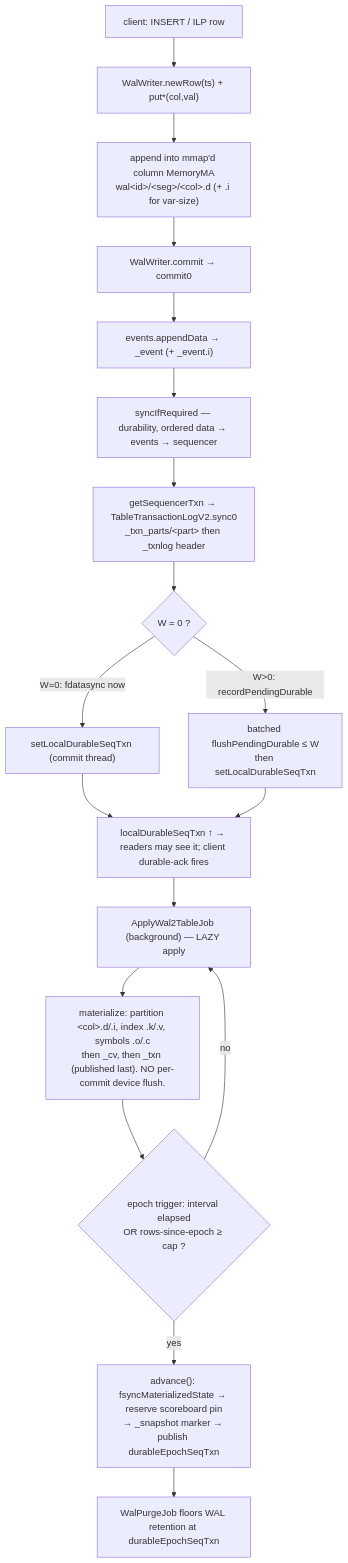
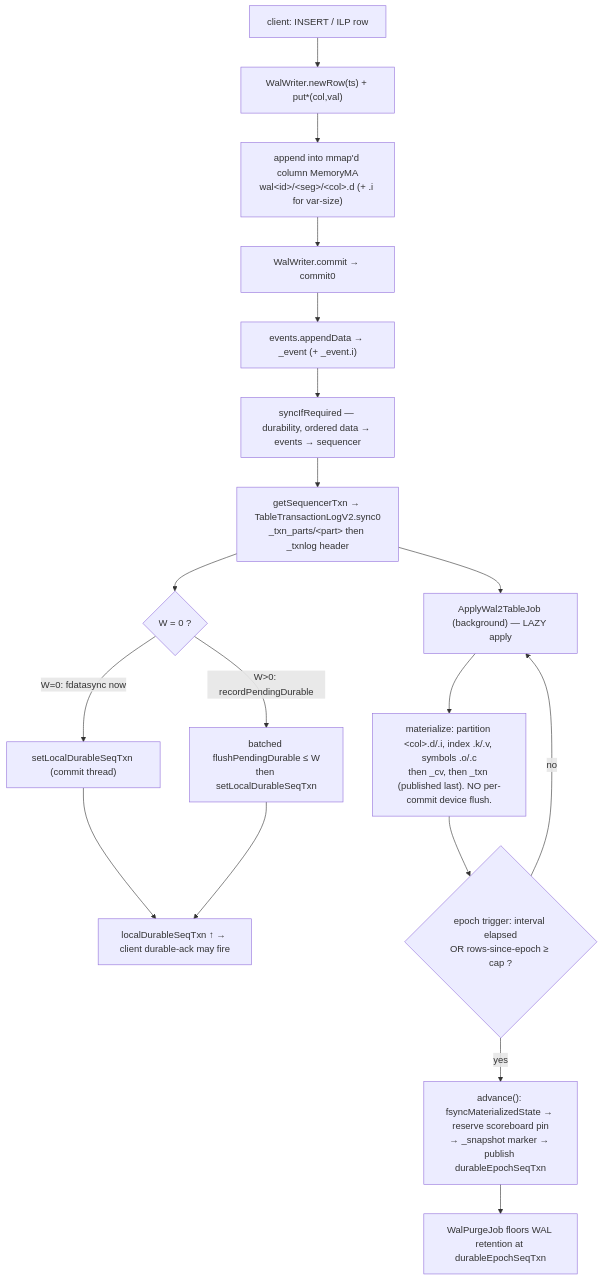
The first of 4 diagrams in docs/adaptive-commit-internals.md (questdb/questdb), drawn with Mermaid before and after one commit. The commit also changed other lines of this file and 15 other files, not shown here.

````diff
--- a/docs/adaptive-commit-internals.md
+++ b/docs/adaptive-commit-internals.md
@@ -53,20 +54,20 @@
 ```mermaid
 flowchart TD
     C["client: INSERT / ILP row"] --> NR["WalWriter.newRow(ts) + put*(col,val)"]
     NR --> MEM["append into mmap'd column MemoryMA<br/>wal&lt;id&gt;/&lt;seg&gt;/&lt;col&gt;.d (+ .i for var-size)"]
     MEM --> CM["WalWriter.commit → commit0"]
     CM --> EV["events.appendData → _event (+ _event.i)"]
     EV --> SY["syncIfRequired — durability, ordered data → events → sequencer"]
     SY --> SEQ["getSequencerTxn → TableTransactionLogV2.sync0<br/>_txn_parts/&lt;part&gt; then _txnlog header"]
     SEQ --> FR{"W = 0 ?"}
     FR -->|"W=0: fdatasync now"| LD["setLocalDurableSeqTxn (commit thread)"]
     FR -->|"W&gt;0: recordPendingDurable"| BAT["batched flushPendingDurable ≤ W<br/>then setLocalDurableSeqTxn"]
-    LD --> VIS["localDurableSeqTxn ↑ → readers may see it; client durable-ack fires"]
+    LD --> VIS["localDurableSeqTxn ↑ → client durable-ack may fire"]
     BAT --> VIS
-    VIS --> AP["ApplyWal2TableJob (background) — LAZY apply"]
+    SEQ --> AP["ApplyWal2TableJob (background) — LAZY apply"]
     AP --> TBL["materialize: partition &lt;col&gt;.d/.i, index .k/.v, symbols .o/.c<br/>then _cv, then _txn (published last). NO per-commit device flush."]
     TBL --> EP{"epoch trigger: interval elapsed<br/>OR rows-since-epoch ≥ cap ?"}
     EP -->|no| AP
     EP -->|yes| ADV["advance(): fsyncMaterializedState → reserve scoreboard pin<br/>→ _snapshot marker → publish durableEpochSeqTxn"]
     ADV --> PURGE["WalPurgeJob floors WAL retention at durableEpochSeqTxn"]
 ```
````
